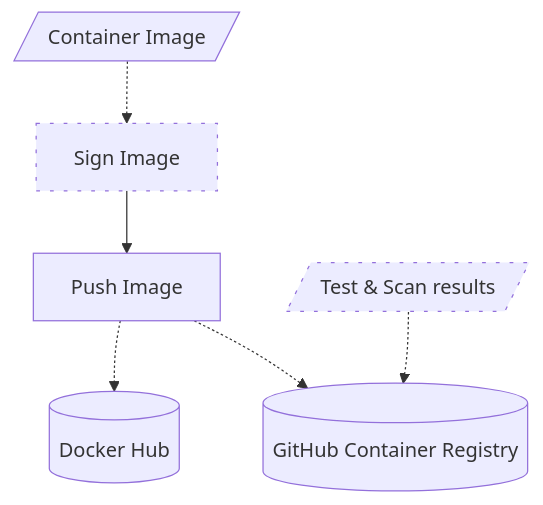
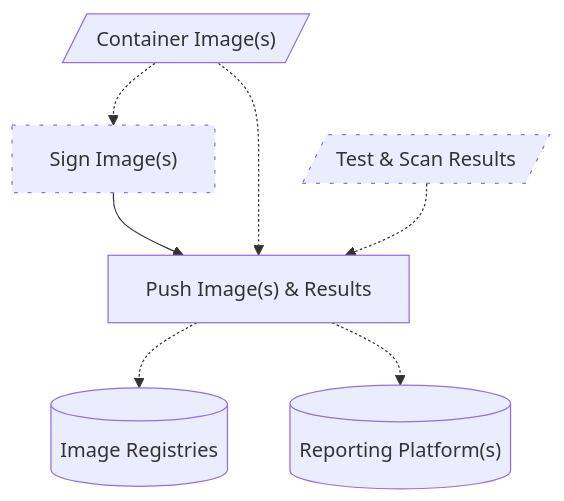
The seventh of 7 diagrams in posit-bakery/ARCHITECTURE.md (posit-dev/images-shared), drawn with Mermaid before and after one commit. The commit also changed other lines of this file, not shown here.

Commit message:
Implement PR feedback to improve diagram readability

````diff
--- a/posit-bakery/ARCHITECTURE.md
+++ b/posit-bakery/ARCHITECTURE.md
@@ -223,23 +231,23 @@
 ```mermaid
 flowchart TD
 
-    image[/Container Image/]
-    results[/"Test & Scan results"/]
+    image[/"Container Image(s)"/]
+    results[/"Test & Scan Results"/]
 
-    sign[Sign Image]
-    push[Push Image]
+    sign["Sign Image(s)"]
+    push["Push Image(s) & Results"]
     image -.-> sign --> push
 
-    docker[(Docker Hub)]
-    ghcr[(GitHub Container Registry)]
-    push -.-> docker & ghcr
-    results -.-> ghcr
+    reg[("Image Registries")]
+    sec[("Reporting Platform(s)")]
+    image -.-> push -.-> reg
+    results -.-> push -.-> sec
 
     classDef tooling fill:#7494B1
     classDef external fill:grey
     classDef progress stroke-dasharray: 2 2
     classDef todo stroke-dasharray: 3 8
 
     %% Mark what we are working on and is in flight %%
     class results,sign todo
 ```
````
